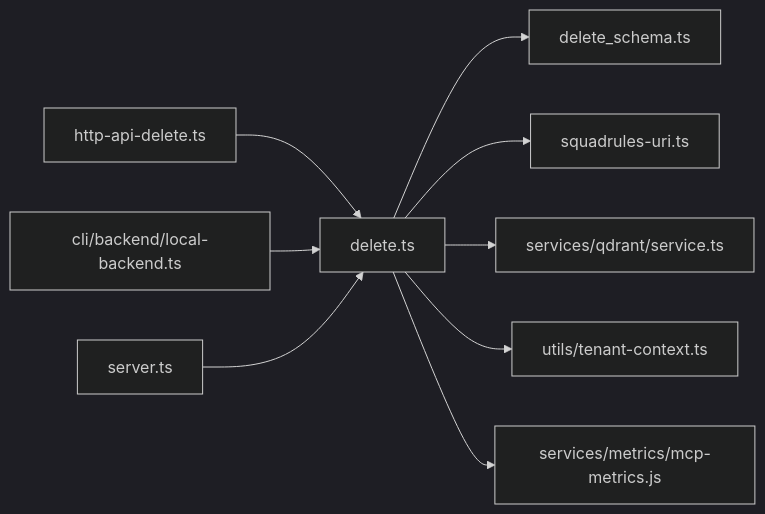
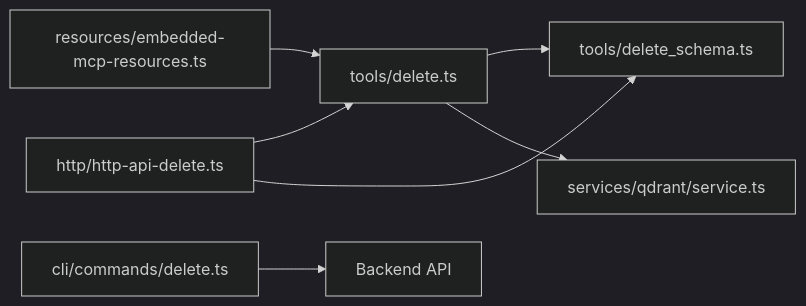
One commit to SquadRules/mcp changed the fourth of 4 diagrams in .qoder/repowiki/en/content/MCP Tools Reference/Delete Tool.md. Above: the diagram before and after it, drawn with Mermaid (dark theme). The commit also changed other lines of this file and 553 other files, not shown here.

````diff
--- a/.qoder/repowiki/en/content/MCP Tools Reference/Delete Tool.md
+++ b/.qoder/repowiki/en/content/MCP Tools Reference/Delete Tool.md
@@ -268,11 +352,9 @@
 ```mermaid
 graph LR
-DeleteTool["delete.ts"] --> DeleteSchema["delete_schema.ts"]
-DeleteTool --> UriParser["squadrules-uri.ts"]
+DeleteTool["tools/delete.ts"] --> DeleteSchema["tools/delete_schema.ts"]
 DeleteTool --> QdrantService["services/qdrant/service.ts"]
-DeleteTool --> TenantContext["utils/tenant-context.ts"]
-DeleteTool --> Metrics["services/metrics/mcp-metrics.js"]
-HttpRoute["http-api-delete.ts"] --> DeleteTool
-LocalBackend["cli/backend/local-backend.ts"] --> DeleteTool
-Server["server.ts"] --> DeleteTool
+HttpDelete["http/http-api-delete.ts"] --> DeleteTool
+HttpDelete --> DeleteSchema
+CliDelete["cli/commands/delete.ts"] --> Backend["Backend API"]
+EmbeddedDocs["resources/embedded-mcp-resources.ts"] --> DeleteTool
 ```
````
